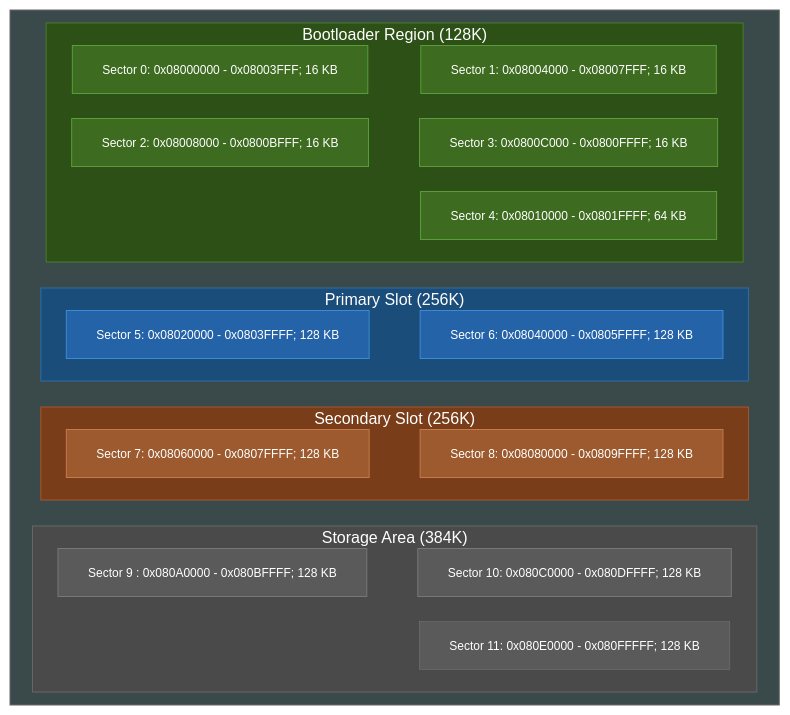
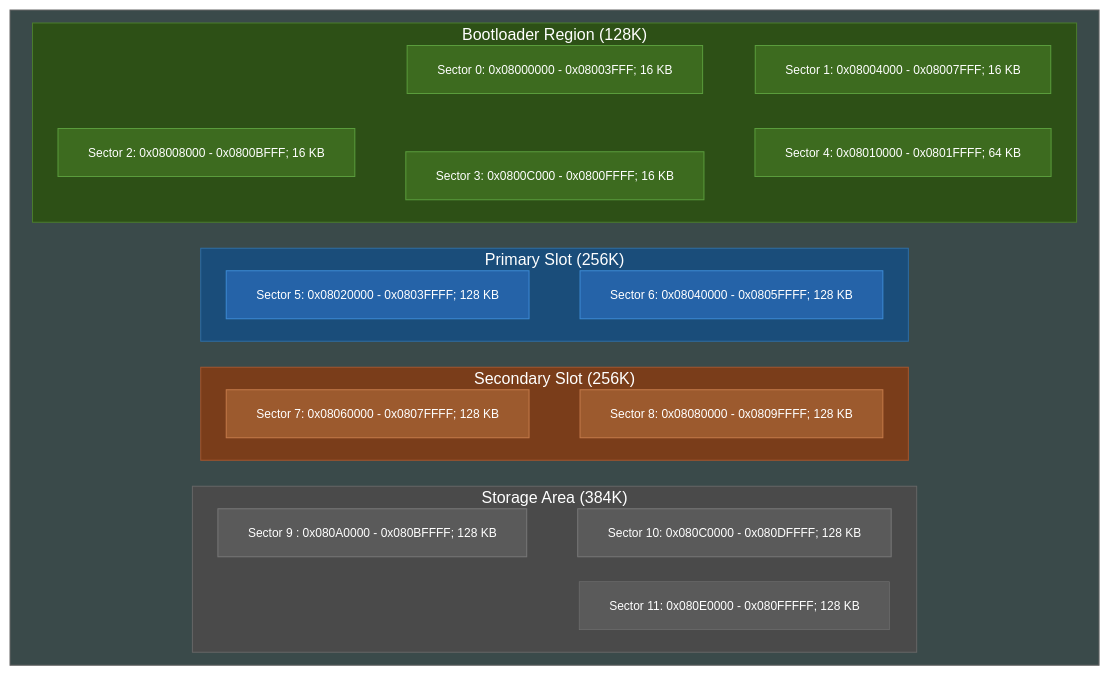
The diagram in README.md (EvgeniyGA/wicked_boot), drawn with Mermaid before and after one commit.

````diff
--- a/README.md
+++ b/README.md
@@ -17,59 +17,61 @@
 ```mermaid
 flowchart TB
 
     %%{init: {'flowchart': {'nodeSpacing': 25, 'rankSpacing': 1,'useMaxWidth': false}}}%%
     subgraph STM32F407[" "]
         direction TB
         
         subgraph BOOT["Bootloader Region (128K)"]
             B1["<nobr>Sector 0: 0x08000000 - 0x08003FFF; 16 KB</nobr>"]
             B2["<nobr>Sector 1: 0x08004000 - 0x08007FFF; 16 KB</nobr>"]
             B3["<nobr>Sector 2: 0x08008000 - 0x0800BFFF; 16 KB</nobr>"]
             B4["<nobr>Sector 3: 0x0800C000 - 0x0800FFFF; 16 KB</nobr>"]
             B5["<nobr>Sector 4: 0x08010000 - 0x0801FFFF; 64 KB</nobr>"]
             B1 ~~~ B2
             B3 ~~~ B4
+			B3 ~~~ B5
+			B4 ~~~ B5
         end
         
         subgraph PRIMARY["Primary Slot (256K)"]
 			P1["<nobr>Sector 5: 0x08020000 - 0x0803FFFF; 128 KB</nobr>"]
 			P2["<nobr>Sector 6: 0x08040000 - 0x0805FFFF; 128 KB</nobr>"]
 			P1 ~~~ P2
         end
         
         subgraph SECONDARY["Secondary Slot (256K)"]
 			S1["<nobr>Sector 7: 0x08060000 - 0x0807FFFF; 128 KB</nobr>"]
 			S2["<nobr>Sector 8: 0x08080000 - 0x0809FFFF; 128 KB</nobr>"]
 			S1 ~~~ S2
         end
         
         subgraph SCRATCH["Storage Area (384K)"]
             SC1["<nobr>Sector 9 : 0x080A0000 - 0x080BFFFF; 128 KB</nobr>"]
 			SC2["<nobr>Sector 10: 0x080C0000 - 0x080DFFFF; 128 KB</nobr>"]
 			SC3["<nobr>Sector 11: 0x080E0000 - 0x080FFFFF; 128 KB</nobr>"]
 			SC1 ~~~ SC2
         end
 
         BOOT ~~~ PRIMARY
         PRIMARY ~~~ SECONDARY
         SECONDARY ~~~ SCRATCH
     end
 
     style STM32F407 fill:#3a4a4a,stroke:#666,stroke-width:1px,color:#fff
     style BOOT fill:#2d5016,stroke:#4a7c2c,stroke-width:1px,color:#fff
     style PRIMARY fill:#1a4d7a,stroke:#2e6da4,stroke-width:1px,color:#fff
     style SECONDARY fill:#7a3d1a,stroke:#a4562e,stroke-width:1px,color:#fff
     style SCRATCH fill:#4a4a4a,stroke:#666,stroke-width:1px,color:#fff
     style B1 fill:#3d6b1f,stroke:#5a9c3c,stroke-width:1px,color:#fff,font-size:12px
     style B2 fill:#3d6b1f,stroke:#5a9c3c,stroke-width:1px,color:#fff,font-size:12px
     style B3 fill:#3d6b1f,stroke:#5a9c3c,stroke-width:1px,color:#fff,font-size:12px
     style B4 fill:#3d6b1f,stroke:#5a9c3c,stroke-width:1px,color:#fff,font-size:12px
     style B5 fill:#3d6b1f,stroke:#5a9c3c,stroke-width:1px,color:#fff,font-size:12px
     style P1 fill:#2563a8,stroke:#3d8ad4,stroke-width:1px,color:#fff,font-size:12px
     style P2 fill:#2563a8,stroke:#3d8ad4,stroke-width:1px,color:#fff,font-size:12px
     style S1 fill:#9c5a2e,stroke:#c47a4a,stroke-width:1px,color:#fff,font-size:12px
     style S2 fill:#9c5a2e,stroke:#c47a4a,stroke-width:1px,color:#fff,font-size:12px
     style SC1 fill:#5a5a5a,stroke:#777,stroke-width:1px,color:#fff,font-size:12px
     style SC2 fill:#5a5a5a,stroke:#777,stroke-width:1px,color:#fff,font-size:12px
     style SC3 fill:#5a5a5a,stroke:#777,stroke-width:0.5px,color:#fff,font-size:12px
 ```
````
